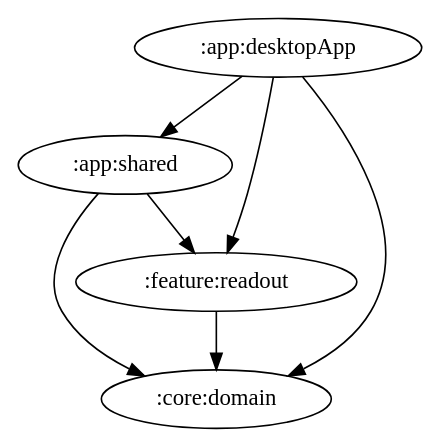
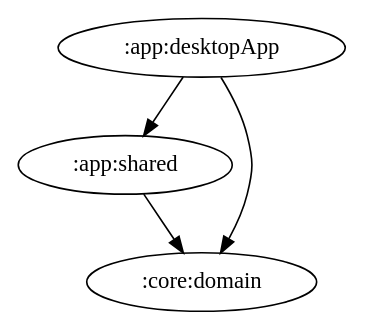
The diagram in docs/graphs/app-desktopApp.gv (ai-kurou/KoDriver), drawn with Graphviz before and after one commit. The commit also changed 9 other files, not shown here.

Commit message:
chore: update module graph images [skip ci]

```diff
--- a/docs/graphs/app-desktopApp.gv
+++ b/docs/graphs/app-desktopApp.gv
@@ -1,8 +1,5 @@
 digraph G {
   ":app:desktopApp" -> ":app:shared"
   ":app:desktopApp" -> ":core:domain"
-  ":app:desktopApp" -> ":feature:readout"
-  ":app:shared" -> ":feature:readout"
   ":app:shared" -> ":core:domain"
-  ":feature:readout" -> ":core:domain"
 }
```
